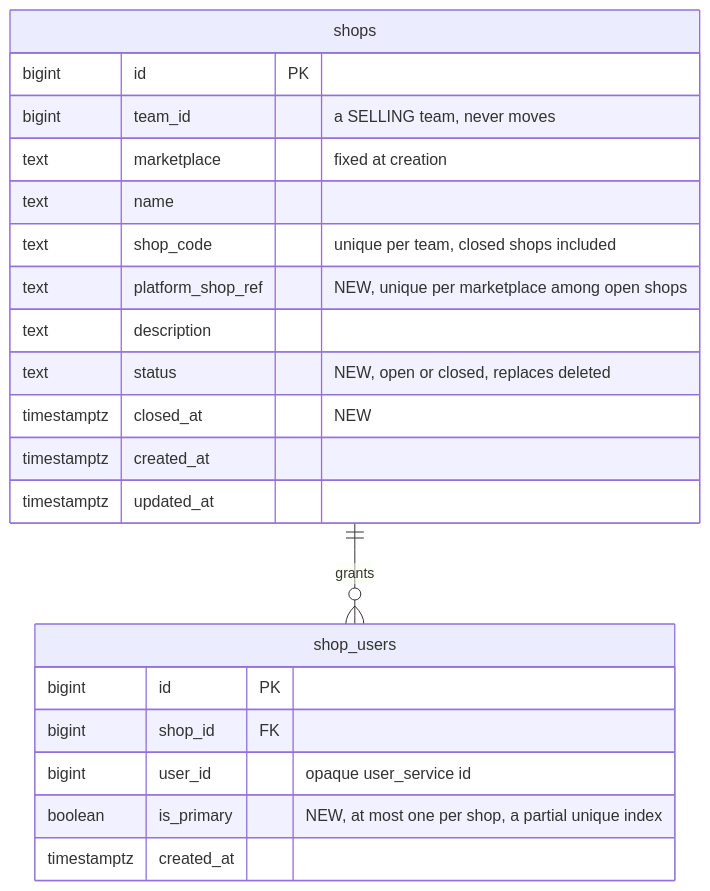
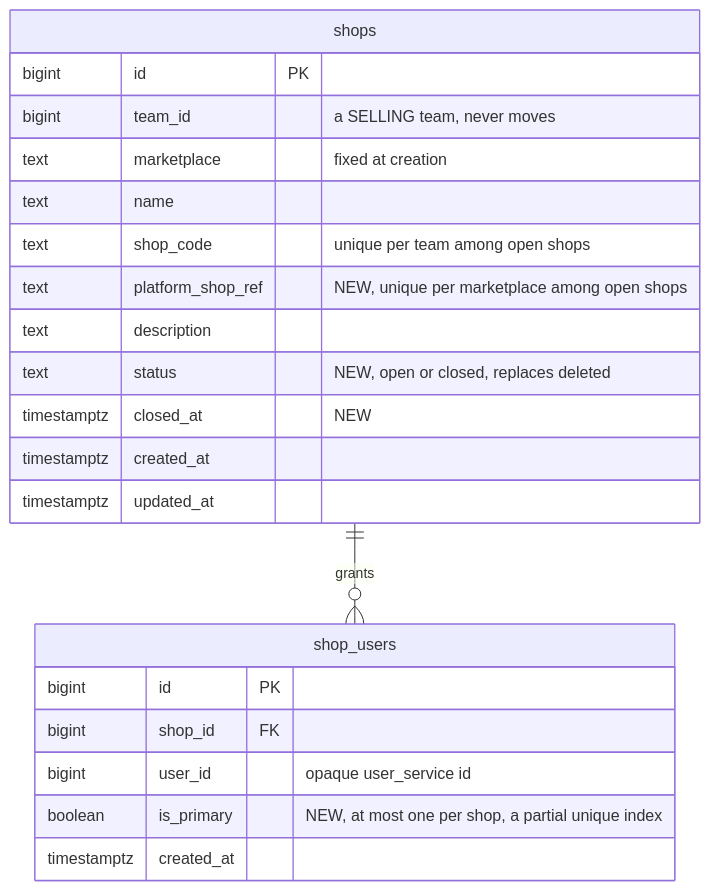
Before and after one commit to pdcgo/warehouse_revamp: the fourth of 4 diagrams in docs/business/shop/context_clarify.md, drawn with Mermaid. The commit also changed other lines of this file and 1 other file, not shown here.

First line of the commit message:
shop: elaborate Q3 - close only, only new selling refused, five parts

````diff
--- a/docs/business/shop/context_clarify.md
+++ b/docs/business/shop/context_clarify.md
@@ -153,24 +170,24 @@
 ```mermaid
 erDiagram
   shops ||--o{ shop_users : "grants"
   shops {
     bigint id PK
     bigint team_id "a SELLING team, never moves"
     text marketplace "fixed at creation"
     text name
-    text shop_code "unique per team, closed shops included"
+    text shop_code "unique per team among open shops"
     text platform_shop_ref "NEW, unique per marketplace among open shops"
     text description
     text status "NEW, open or closed, replaces deleted"
     timestamptz closed_at "NEW"
     timestamptz created_at
     timestamptz updated_at
   }
   shop_users {
     bigint id PK
     bigint shop_id FK
     bigint user_id "opaque user_service id"
     boolean is_primary "NEW, at most one per shop, a partial unique index"
     timestamptz created_at
   }
 ```
````
